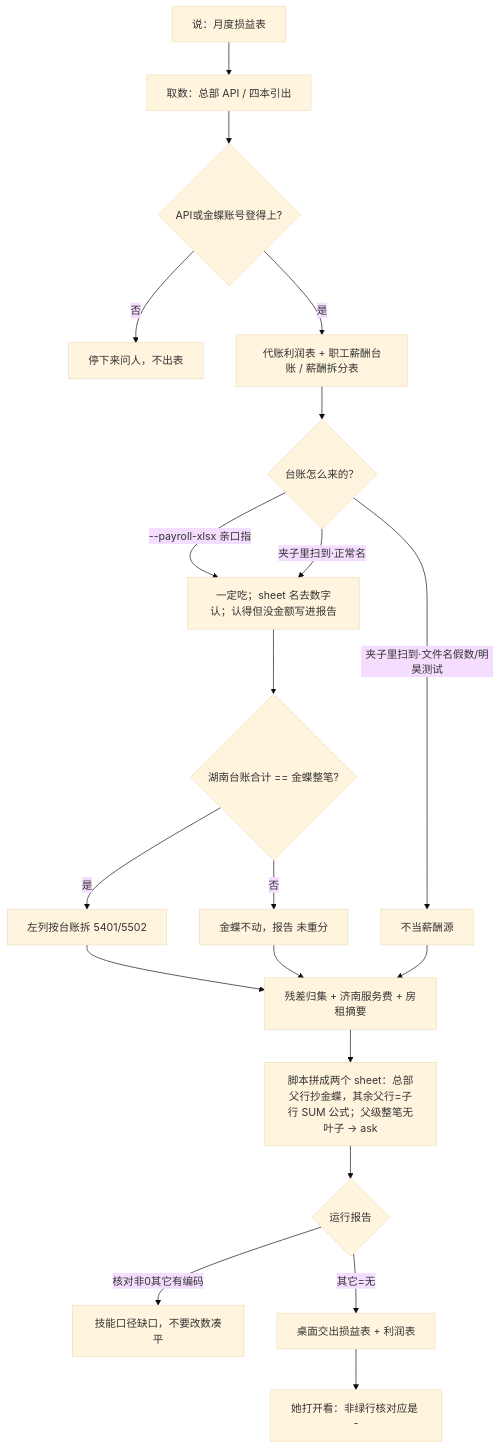
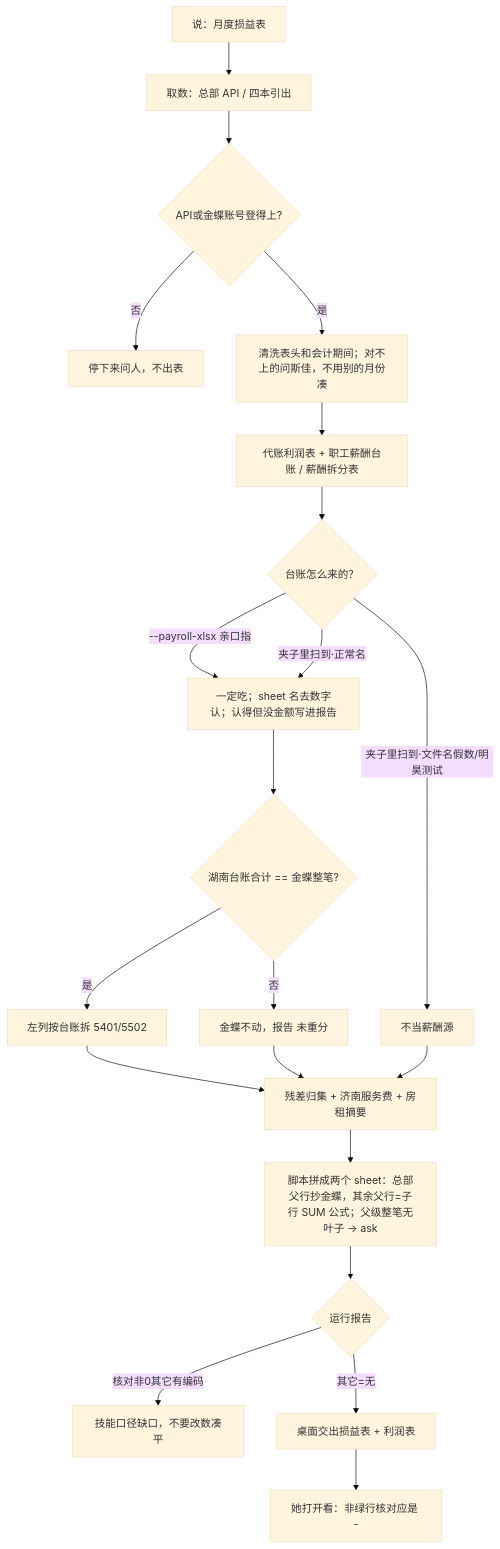
One commit to EvanLee2004/finance-skills changed the diagram in skills/pl-dept-report/README.md. Above: the diagram before and after it, drawn with Mermaid (base theme). The commit also changed other lines of this file and 12 other files, not shown here.

````diff
--- a/skills/pl-dept-report/README.md
+++ b/skills/pl-dept-report/README.md
@@ -58,22 +58,23 @@
 ```mermaid
 flowchart TD
   A["说：月度损益表"] --> B["取数：总部 API / 四本引出"]
   B --> B1{"API或金蝶账号登得上?"}
   B1 -->|否| Z["停下来问人，不出表"]
-  B1 -->|是| C["代账利润表 + 职工薪酬台账 / 薪酬拆分表"]
+  B1 -->|是| B2["清洗表头和会计期间；对不上的问斯佳，不用别的月份凑"]
+  B2 --> C["代账利润表 + 职工薪酬台账 / 薪酬拆分表"]
   C --> C1{"台账怎么来的？"}
   C1 -->|夹子里扫到·文件名假数/明昊测试| C3["不当薪酬源"]
   C1 -->|--payroll-xlsx 亲口指| C4["一定吃；sheet 名去数字认；认得但没金额写进报告"]
   C1 -->|夹子里扫到·正常名| C4
   C4 --> C5{"湖南台账合计 == 金蝶整笔?"}
   C5 -->|是| C6["左列按台账拆 5401/5502"]
   C5 -->|否| C7["金蝶不动，报告 未重分"]
   C6 --> C2["残差归集 + 济南服务费 + 房租摘要"]
   C7 --> C2
   C3 --> C2
   C2 --> D["脚本拼成两个 sheet：总部父行抄金蝶，其余父行=子行 SUM 公式；父级整笔无叶子 → ask"]
   D --> E{"运行报告"}
   E -->|核对非0其它有编码| X["技能口径缺口，不要改数凑平"]
   E -->|其它=无| G["桌面交出损益表 + 利润表"]
   G --> H["她打开看：非绿行核对应是 -"]
 ```
````
